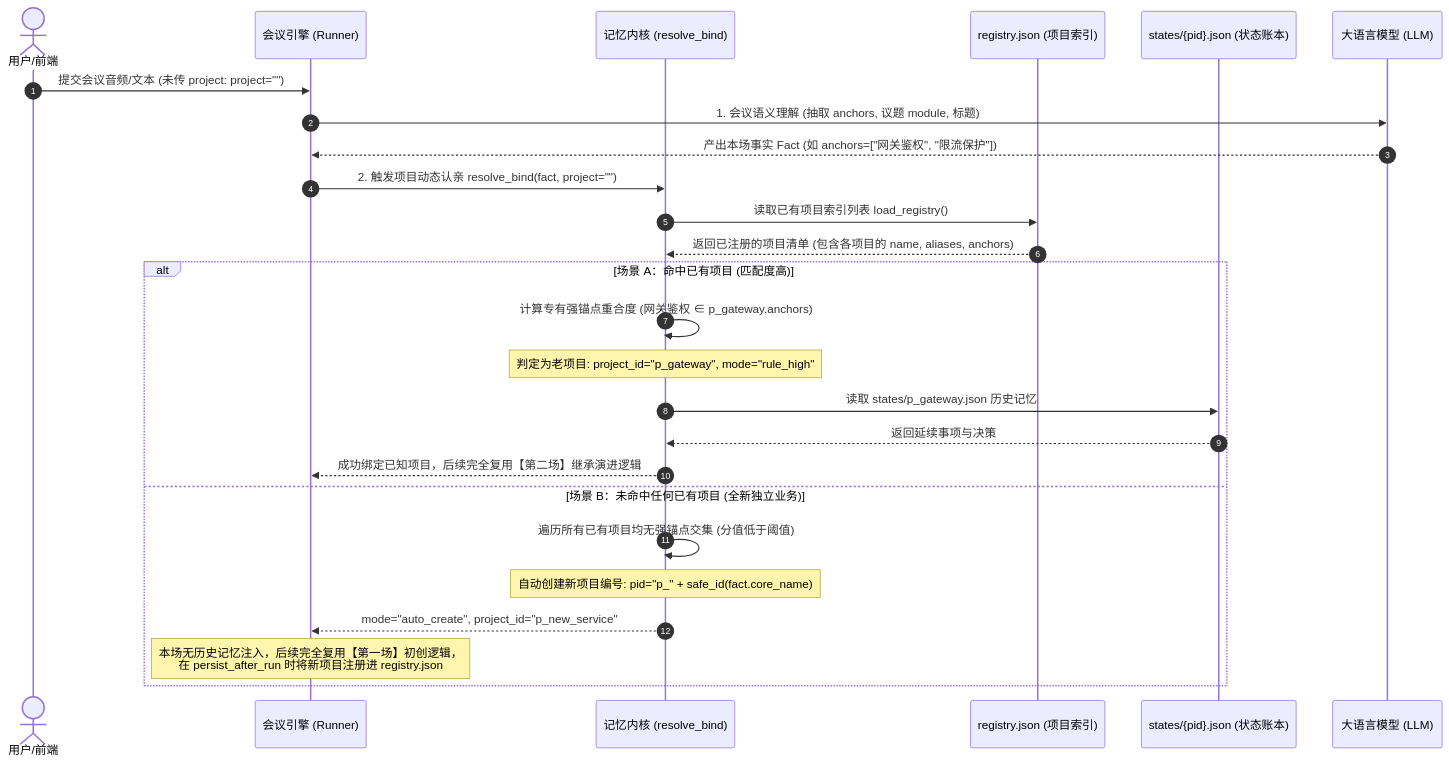
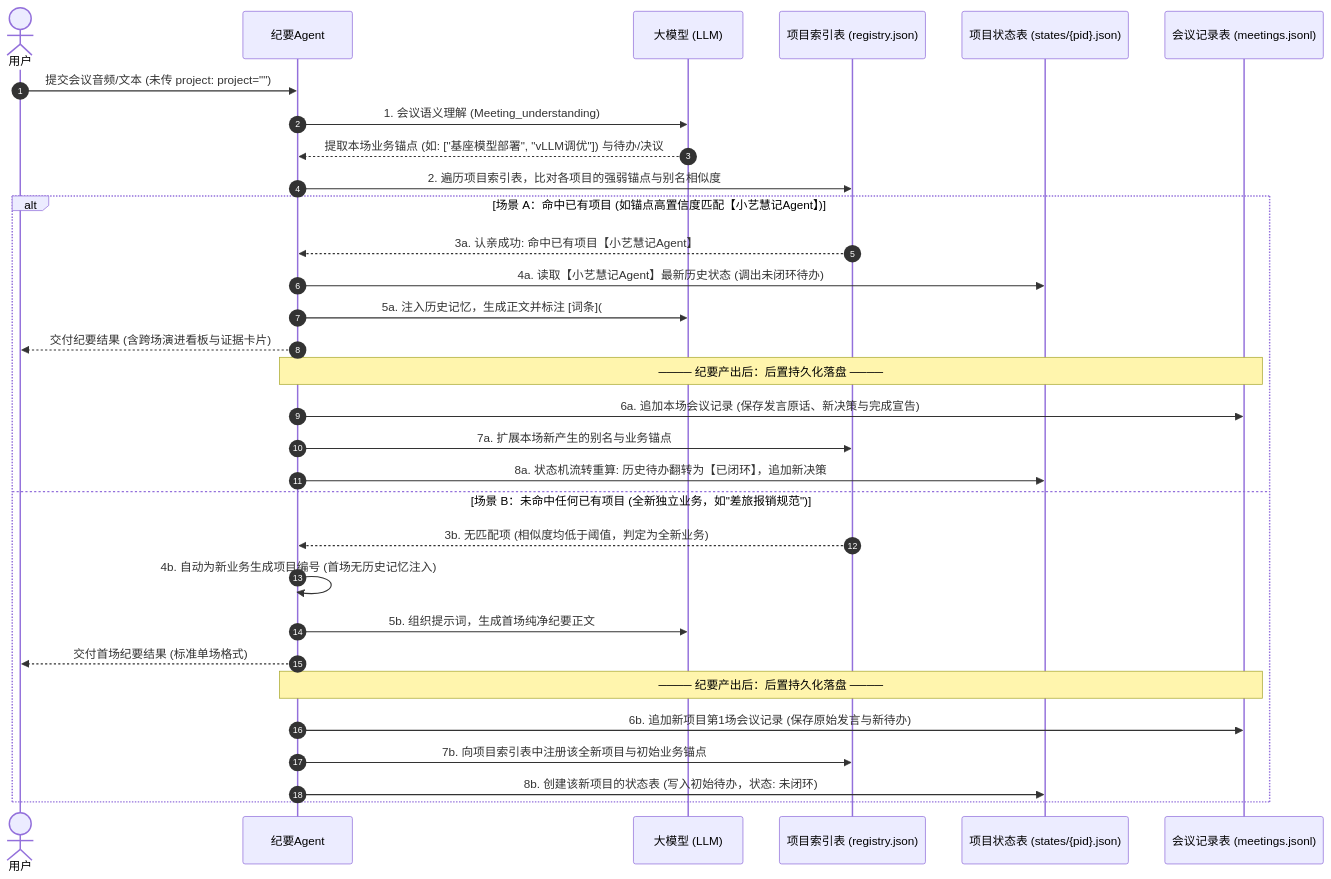
The second of 2 diagrams in MEMORY_EXECUTION_FLOW_UML.md (ohhhhh-hyf/AgentFlow), drawn with Mermaid before and after one commit. The commit also changed other lines of this file, not shown here.

````diff
--- a/MEMORY_EXECUTION_FLOW_UML.md
+++ b/MEMORY_EXECUTION_FLOW_UML.md
@@ -96,31 +88,36 @@
 ```mermaid
 sequenceDiagram
     autonumber
-    actor User as 用户/前端
-    participant Engine as 会议引擎 (Runner)
-    participant Memory as 记忆内核 (resolve_bind)
-    participant Registry as registry.json (项目索引)
-    participant State as states/{pid}.json (状态账本)
-    participant LLM as 大语言模型 (LLM)
+    actor User as 用户
+    participant Agent as 纪要Agent
+    participant LLM as 大模型 (LLM)
+    participant Registry as 项目索引表 (registry.json)
+    participant State as 项目状态表 (states/{pid}.json)
+    participant Meetings as 会议记录表 (meetings.jsonl)
 
-    User->>Engine: 提交会议音频/文本 (未传 project: project="")
-    Engine->>LLM: 1. 会议语义理解 (抽取 anchors, 议题 module, 标题)
-    LLM-->>Engine: 产出本场事实 Fact (如 anchors=["网关鉴权", "限流保护"])
+    User->>Agent: 提交会议音频/文本 (未传 project: project="")
+    Agent->>LLM: 1. 会议语义理解 (Meeting_understanding)
+    LLM-->>Agent: 提取本场业务锚点 (如: ["基座模型部署", "vLLM调优"]) 与待办/决议
+    
+    Agent->>Registry: 2. 遍历项目索引表，比对各项目的强弱锚点与别名相似度
 
-    Engine->>Memory: 2. 触发项目动态认亲 resolve_bind(fact, project="")
-    Memory->>Registry: 读取已有项目索引列表 load_registry()
-    Registry-->>Memory: 返回已注册的项目清单 (包含各项目的 name, aliases, anchors)
-
-    alt 场景 A：命中已有项目 (匹配度高)
-        Memory->>Memory: 计算专有强锚点重合度 (网关鉴权 ∈ p_gateway.anchors)
-        Note over Memory: 判定为老项目: project_id="p_gateway", mode="rule_high"
-        Memory->>State: 读取 states/p_gateway.json 历史记忆
-        State-->>Memory: 返回延续事项与决策
-        Memory-->>Engine: 成功绑定已知项目，后续完全复用【第二场】继承演进逻辑
-    else 场景 B：未命中任何已有项目 (全新独立业务)
-        Memory->>Memory: 遍历所有已有项目均无强锚点交集 (分值低于阈值)
-        Note over Memory: 自动创建新项目编号: pid="p_" + safe_id(fact.core_name)
-        Memory-->>Engine: mode="auto_create", project_id="p_new_service"
-        Note over Engine: 本场无历史记忆注入，后续完全复用【第一场】初创逻辑，<br/>在 persist_after_run 时将新项目注册进 registry.json
+    alt 场景 A：命中已有项目 (如锚点高置信度匹配【小艺慧记Agent】)
+        Registry-->>Agent: 3a. 认亲成功: 命中已有项目【小艺慧记Agent】
+        Agent->>State: 4a. 读取【小艺慧记Agent】最新历史状态 (调出未闭环待办)
+        Agent->>LLM: 5a. 注入历史记忆，生成正文并标注 [词条](#source-1)、## 状态演进、## 记忆溯源
+        Agent-->>User: 交付纪要结果 (含跨场演进看板与证据卡片)
+        Note over Agent, Meetings: ──── 纪要产出后：后置持久化落盘 ────
+        Agent->>Meetings: 6a. 追加本场会议记录 (保存发言原话、新决策与完成宣告)
+        Agent->>Registry: 7a. 扩展本场新产生的别名与业务锚点
+        Agent->>State: 8a. 状态机流转重算: 历史待办翻转为【已闭环】，追加新决策
+    else 场景 B：未命中任何已有项目 (全新独立业务，如"差旅报销规范")
+        Registry-->>Agent: 3b. 无匹配项 (相似度均低于阈值，判定为全新业务)
+        Agent->>Agent: 4b. 自动为新业务生成项目编号 (首场无历史记忆注入)
+        Agent->>LLM: 5b. 组织提示词，生成首场纯净纪要正文
+        Agent-->>User: 交付首场纪要结果 (标准单场格式)
+        Note over Agent, Meetings: ──── 纪要产出后：后置持久化落盘 ────
+        Agent->>Meetings: 6b. 追加新项目第1场会议记录 (保存原始发言与新待办)
+        Agent->>Registry: 7b. 向项目索引表中注册该全新项目与初始业务锚点
+        Agent->>State: 8b. 创建该新项目的状态表 (写入初始待办，状态: 未闭环)
     end
 ```
````
